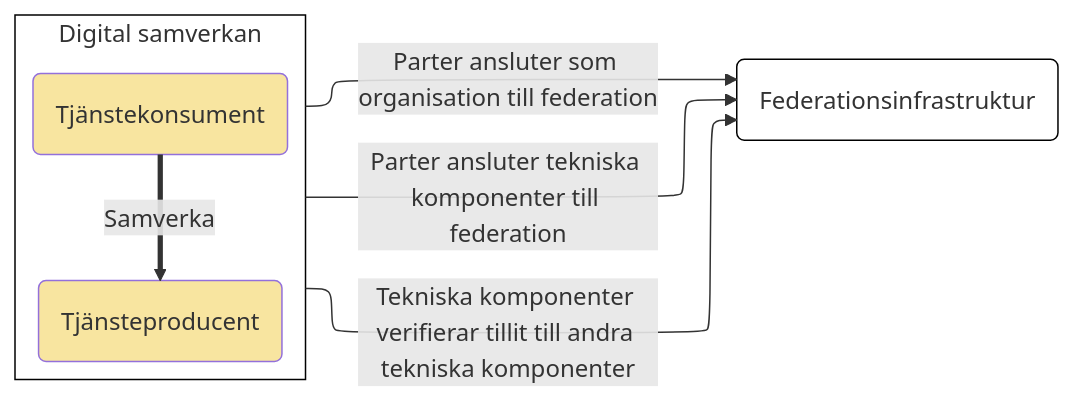
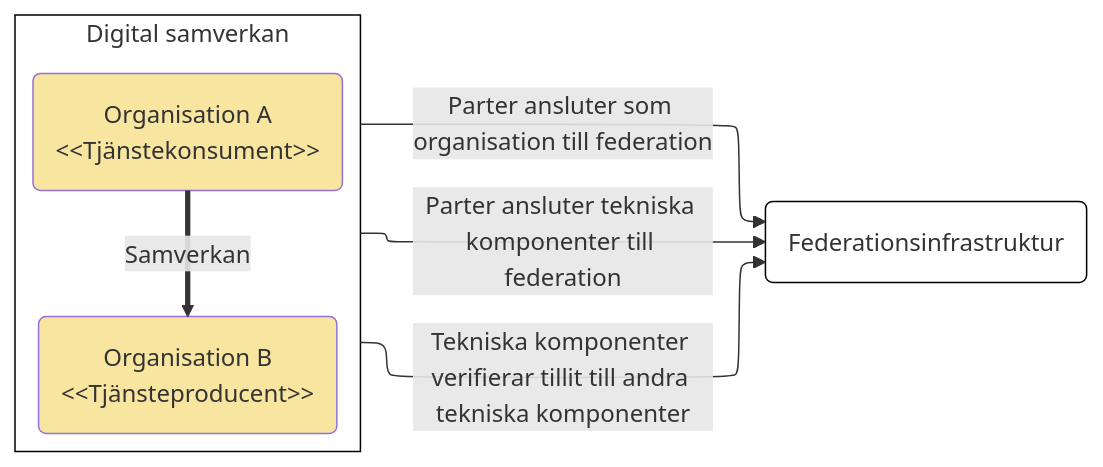
One commit to diggsweden/ena-authorization changed the second of 10 diagrams in architecture/drafts/IAM_TargetArchitecture_Sweden.md. Above: the diagram before and after it, drawn with Mermaid. The commit also changed other lines of this file, not shown here.

````diff
--- a/architecture/drafts/IAM_TargetArchitecture_Sweden.md
+++ b/architecture/drafts/IAM_TargetArchitecture_Sweden.md
@@ -113,27 +109,26 @@
 ```mermaid
+
+flowchart LR
 %%{init: {"flowchart": {"defaultRenderer": "elk"}} }%%
-flowchart LR
-
 classDef org fill:#F8E5A0
 classDef comp fill:#CCE1FF
 classDef box fill:#ffffff,stroke:#000000
 
 subgraph is[Digital samverkan]
-direction TB
-    po(Tjänsteproducent)
+    direction TB
+    co(Organisation A<br>&lt;&lt;Tjänstekonsument>>)
+    co:::org
+    po(Organisation B<br>&lt;&lt;Tjänsteproducent>>)
     po:::org
 
-    co(Tjänstekonsument)
-    co:::org
-
-    co==Samverka==>po
+    co==Samverkan==>po
 end
 is:::box
 
 ss(Federationsinfrastruktur)
 ss:::box
 
 is--Tekniska komponenter verifierar tillit till andra tekniska komponenter-->ss
 is--Parter ansluter tekniska komponenter till federation-->ss
 is--Parter ansluter som organisation till federation-->ss
 ```
````
